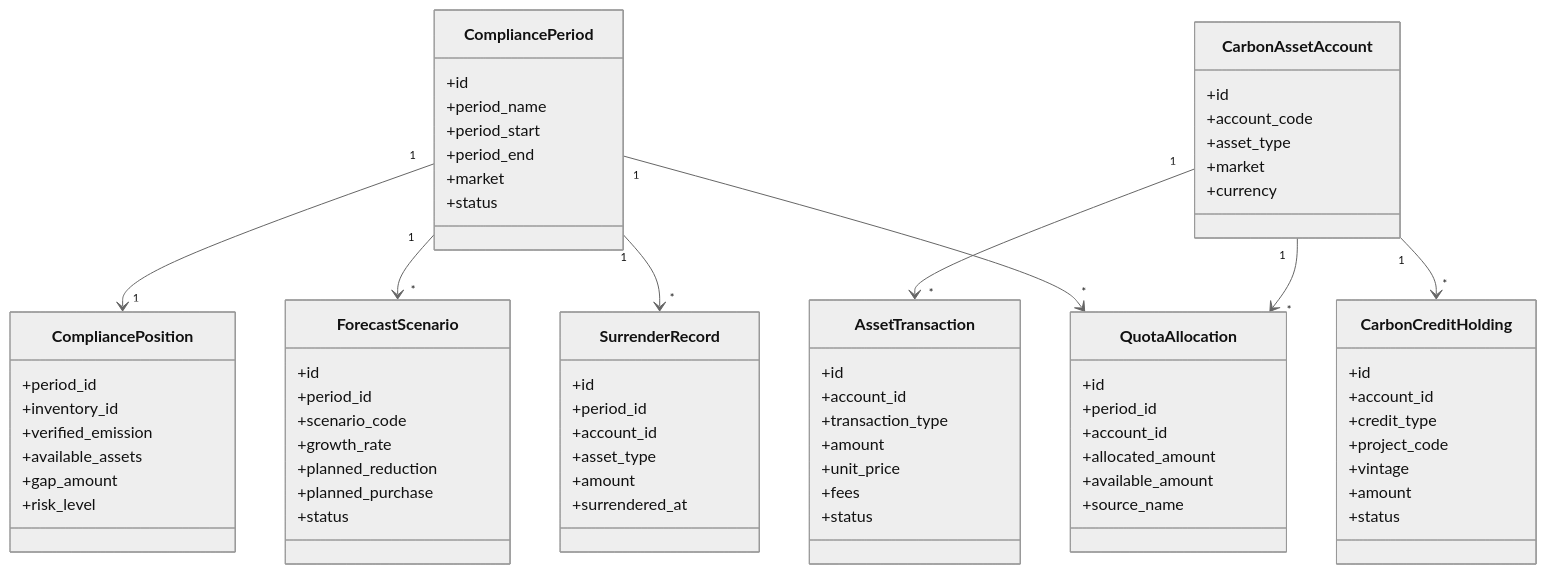
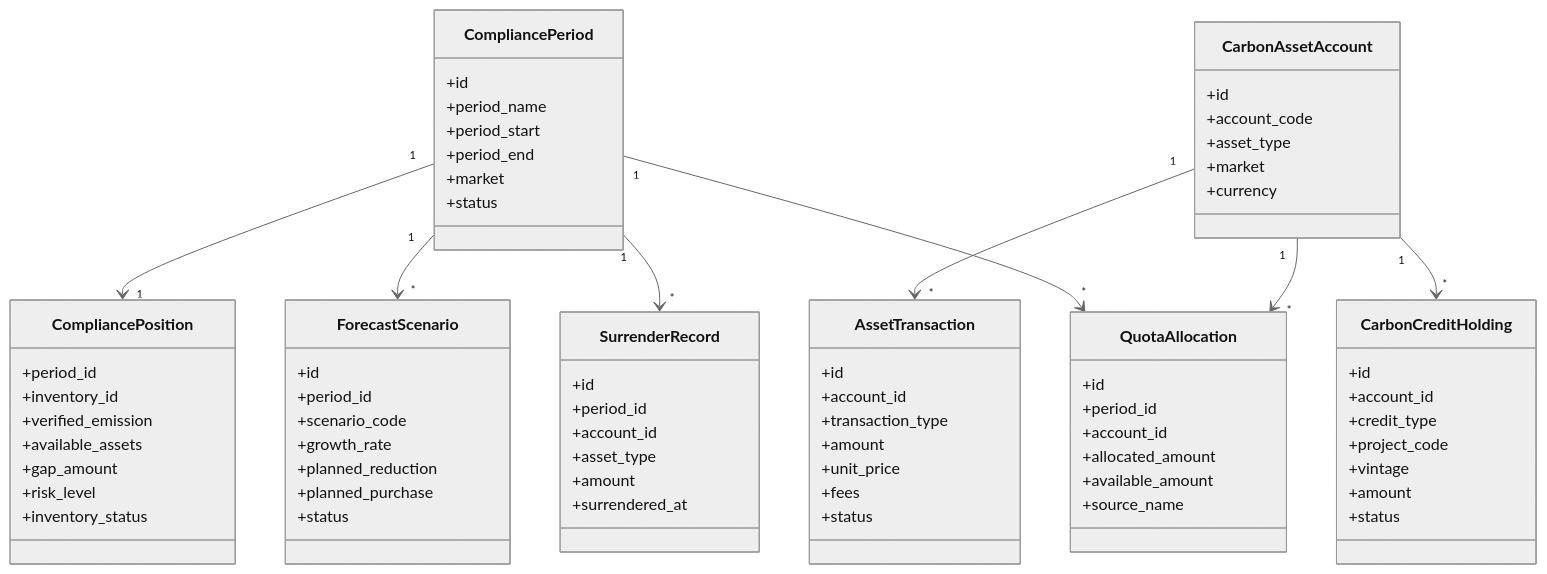
Before and after one commit to EzioHelios/project: the tenth of 10 diagrams in docs/评价方案/能碳领域边界DDD设计.md, drawn with Mermaid (neutral theme). The commit also changed other lines of this file and 5 other files, not shown here.

```diff
--- a/docs/评价方案/能碳领域边界DDD设计.md
+++ b/docs/评价方案/能碳领域边界DDD设计.md
@@ -871,6 +871,7 @@
         +available_assets
         +gap_amount
         +risk_level
+        +inventory_status
     }
 
     class ForecastScenario {
```
